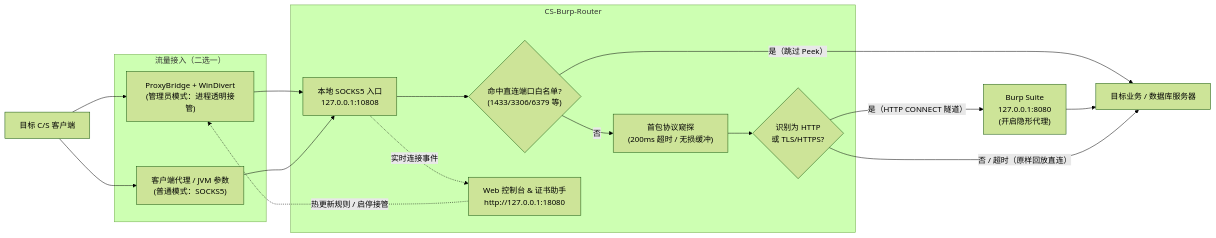
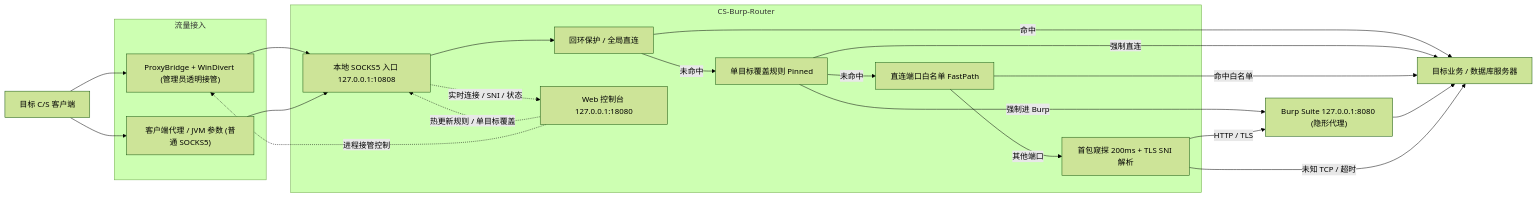
One commit to shyrel666/cs-burp-router changed the diagram in README.md. Above: the diagram before and after it, drawn with Mermaid (forest theme). The commit also changed other lines of this file and 1 other file, not shown here.

````diff
--- a/README.md
+++ b/README.md
@@ -25,32 +190,39 @@
 ```mermaid
 flowchart LR
     Client["目标 C/S 客户端"]
 
-    subgraph Capture["流量接入（二选一）"]
-        PB["ProxyBridge + WinDivert<br/>(管理员模式：进程透明接管)"]
-        S5Client["客户端代理 / JVM 参数<br/>(普通模式：SOCKS5)"]
+    subgraph Capture["流量接入"]
+        PB["ProxyBridge + WinDivert (管理员透明接管)"]
+        S5Client["客户端代理 / JVM 参数 (普通 SOCKS5)"]
     end
 
     subgraph Router["CS-Burp-Router"]
-        S5["本地 SOCKS5 入口<br/>127.0.0.1:10808"]
-        FastPath{"命中直连端口白名单?<br/>(1433/3306/6379 等)"}
-        Peek["首包协议窥探<br/>(200ms 超时 / 无损缓冲)"]
-        Proto{"识别为 HTTP<br/>或 TLS/HTTPS?"}
-        WebUI["Web 控制台 & 证书助手<br/>http://127.0.0.1:18080"]
+        S5["本地 SOCKS5 入口 127.0.0.1:10808"]
+        Bypass["回环保护 / 全局直连"]
+        Pin["单目标覆盖规则 Pinned"]
+        FastPath["直连端口白名单 FastPath"]
+        Peek["首包窥探 200ms + TLS SNI 解析"]
+        WebUI["Web 控制台 127.0.0.1:18080"]
     end
 
-    Burp["Burp Suite<br/>127.0.0.1:8080<br/>(开启隐形代理)"]
+    Burp["Burp Suite 127.0.0.1:8080 (隐形代理)"]
     Server["目标业务 / 数据库服务器"]
 
     Client --> PB --> S5
     Client --> S5Client --> S5
 
-    S5 --> FastPath
-    FastPath -- "是（跳过 Peek）" --> Server
-    FastPath -- "否" --> Peek --> Proto
-    Proto -- "是（HTTP CONNECT 隧道）" --> Burp --> Server
-    Proto -- "否 / 超时（原样回放直连）" --> Server
+    S5 --> Bypass
+    Bypass -- "命中" --> Server
+    Bypass -- "未命中" --> Pin
+    Pin -- "强制直连" --> Server
+    Pin -- "强制进 Burp" --> Burp
+    Pin -- "未命中" --> FastPath
+    FastPath -- "命中白名单" --> Server
+    FastPath -- "其他端口" --> Peek
+    Peek -- "HTTP / TLS" --> Burp --> Server
+    Peek -- "未知 TCP / 超时" --> Server
 
-    S5 -. "实时连接事件" .-> WebUI
-    WebUI -. "热更新规则 / 启停接管" .-> PB
+    S5 -. "实时连接 / SNI / 状态" .-> WebUI
+    WebUI -. "热更新规则 / 单目标覆盖" .-> S5
+    WebUI -. "进程接管控制" .-> PB
 ```
````
